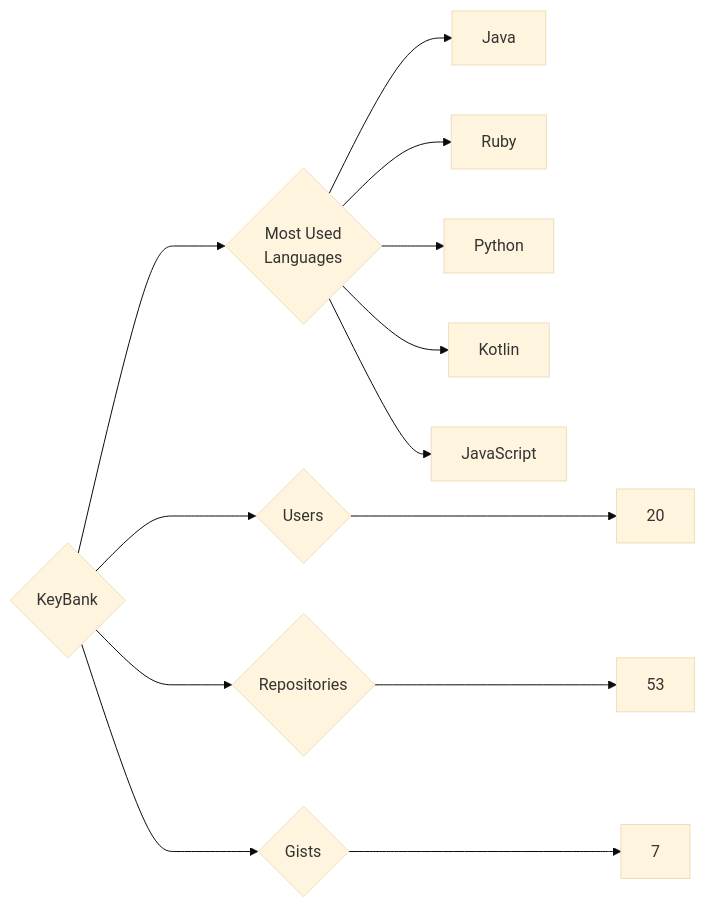
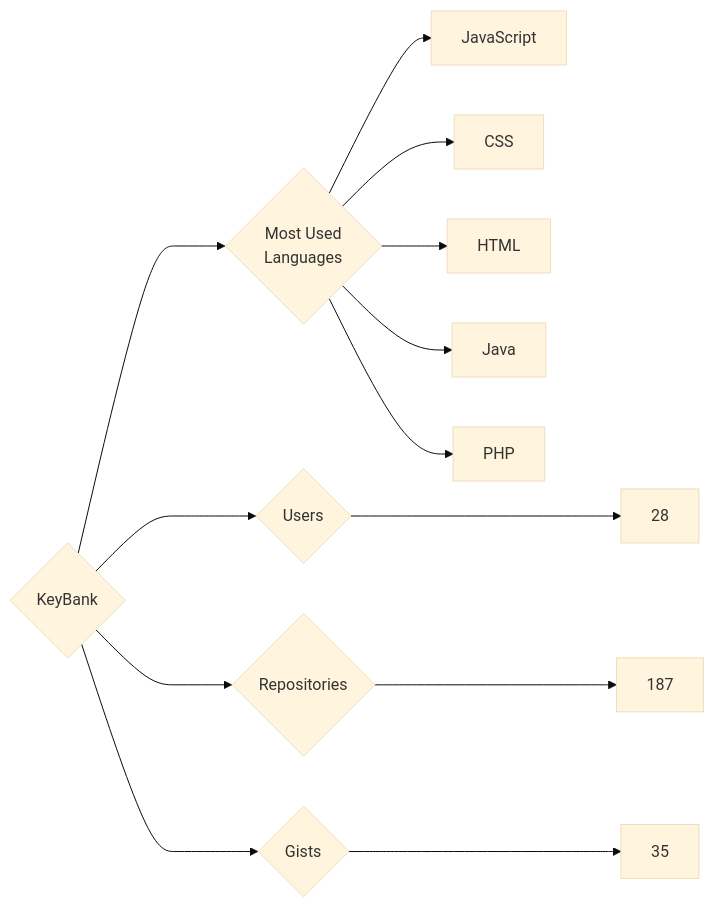
Before and after one commit to trickest/insiders: the diagram in targets/KeyBank/README.md, drawn with Mermaid (base theme). The commit also changed 838 other files, not shown here.

````diff
--- a/targets/KeyBank/README.md
+++ b/targets/KeyBank/README.md
@@ -3,13 +3,13 @@
 ```mermaid
 graph LR
 COMPANY_NAME{KeyBank}
-COMPANY_NAME ---> U{Users} ---> UN[20]
-COMPANY_NAME ---> R{Repositories} ---> RN[53]
-COMPANY_NAME ---> G{Gists} ---> GN[7]
+COMPANY_NAME ---> U{Users} ---> UN[28]
+COMPANY_NAME ---> R{Repositories} ---> RN[187]
+COMPANY_NAME ---> G{Gists} ---> GN[35]
 COMPANY_NAME ---> ML{Most Used<br>Languages}
+ML --> JavaScript[JavaScript]
+ML --> CSS[CSS]
+ML --> HTML[HTML]
 ML --> Java[Java]
-ML --> Ruby[Ruby]
-ML --> Python[Python]
-ML --> Kotlin[Kotlin]
-ML --> JavaScript[JavaScript]
+ML --> PHP[PHP]
 ```
````
